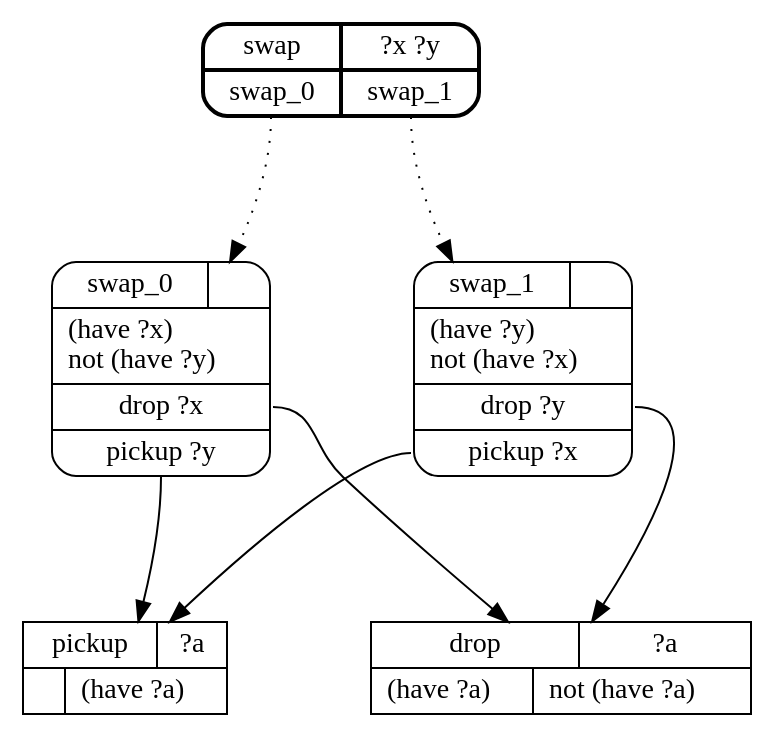
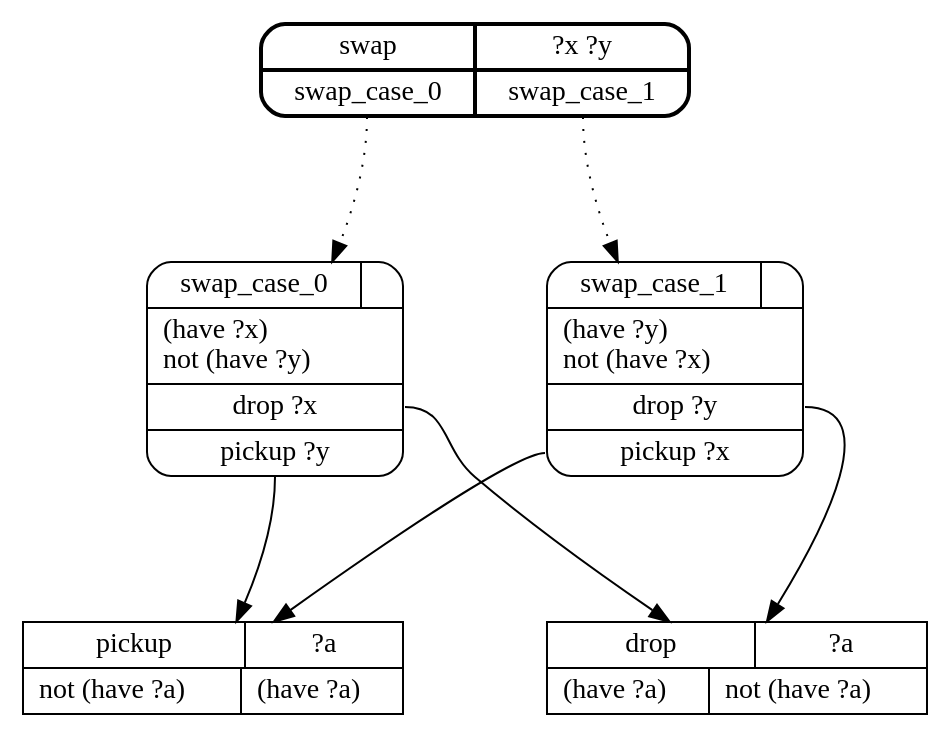
One commit to Maumagnaguagno/HyperTensioN changed the diagram in docs/Graph.md. Above: the diagram before and after it, drawn with Graphviz. The commit also changed other lines of this file and 1 other file, not shown here.

Commit message:
Update Graph docs [ci skip]
Match current domain with pickup precondition.

````diff
--- a/docs/Graph.md
+++ b/docs/Graph.md
@@ -28,36 +28,36 @@
 ```DOT
 // Generated by Hype
 digraph "basic" {
   nodesep=1
   ranksep=1
   // Operators
   "pickup" [
     shape=record
-    label="{{pickup|?a}|{|(have ?a)\l}}"
+    label="{{pickup|?a}|{not (have ?a)\l|(have ?a)\l}}"
   ]
   "drop" [
     shape=record
     label="{{drop|?a}|{(have ?a)\l|not (have ?a)\l}}"
   ]
   // Methods
   "swap" [
     shape=Mrecord
     style=bold
-    label="{{swap|?x ?y}|{<n0>swap_0|<n1>swap_1}}"
+    label="{{swap|?x ?y}|{<n0>swap_case_0|<n1>swap_case_1}}"
   ]
-  "label_swap_0" [
+  "label_swap_case_0" [
     shape=Mrecord
-    label="{{swap_0|}|(have ?x)\lnot (have ?y)\l|<n0>drop ?x|<n1>pickup ?y}"
+    label="{{swap_case_0|}|(have ?x)\lnot (have ?y)\l|<n0>drop ?x|<n1>pickup ?y}"
   ]
-  "swap":n0 -> "label_swap_0" [style=dotted]
-  "label_swap_0":n0 -> "drop"
-  "label_swap_0":n1 -> "pickup"
-  "label_swap_1" [
+  "swap":n0 -> "label_swap_case_0" [style=dotted]
+  "label_swap_case_0":n0 -> "drop"
+  "label_swap_case_0":n1 -> "pickup"
+  "label_swap_case_1" [
     shape=Mrecord
-    label="{{swap_1|}|(have ?y)\lnot (have ?x)\l|<n0>drop ?y|<n1>pickup ?x}"
+    label="{{swap_case_1|}|(have ?y)\lnot (have ?x)\l|<n0>drop ?y|<n1>pickup ?x}"
   ]
-  "swap":n1 -> "label_swap_1" [style=dotted]
-  "label_swap_1":n0 -> "drop"
-  "label_swap_1":n1 -> "pickup"
+  "swap":n1 -> "label_swap_case_1" [style=dotted]
+  "label_swap_case_1":n0 -> "drop"
+  "label_swap_case_1":n1 -> "pickup"
 }
 ```
````
